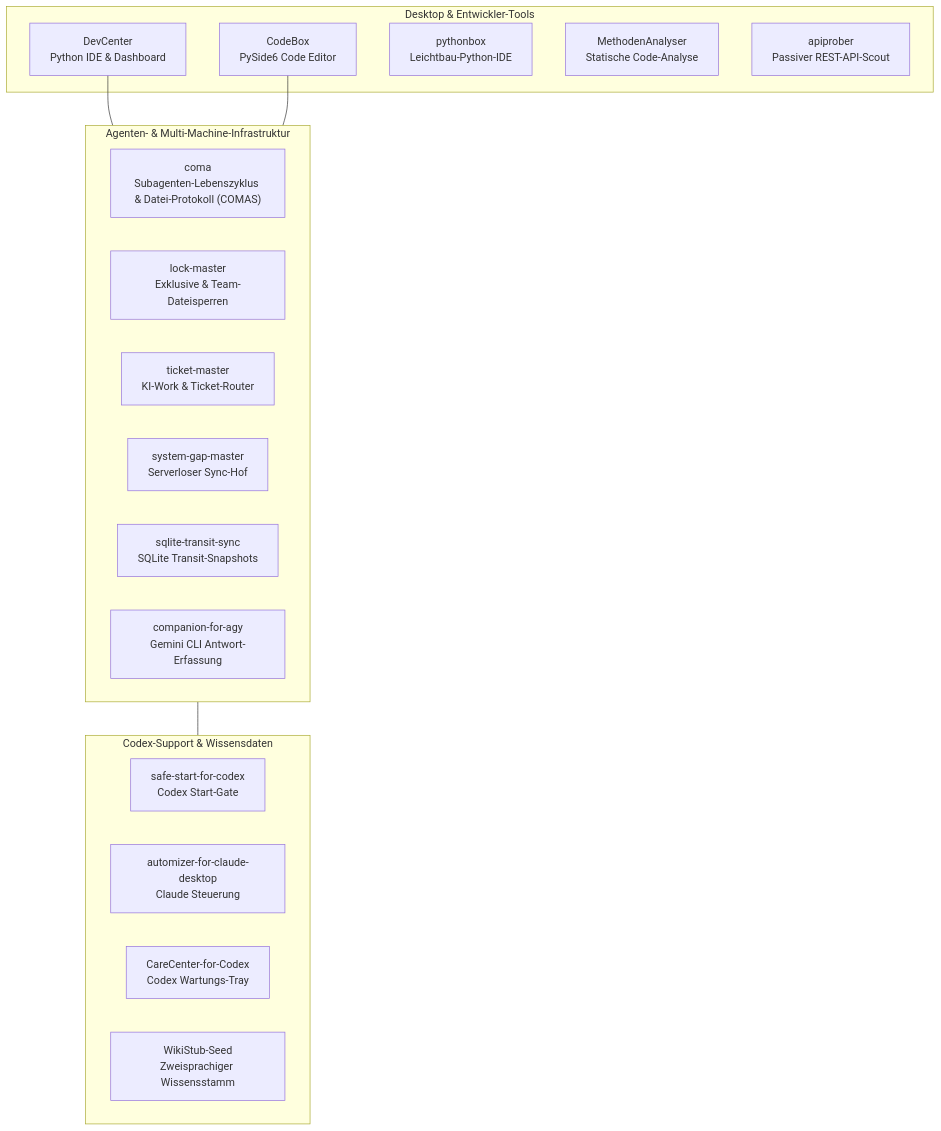
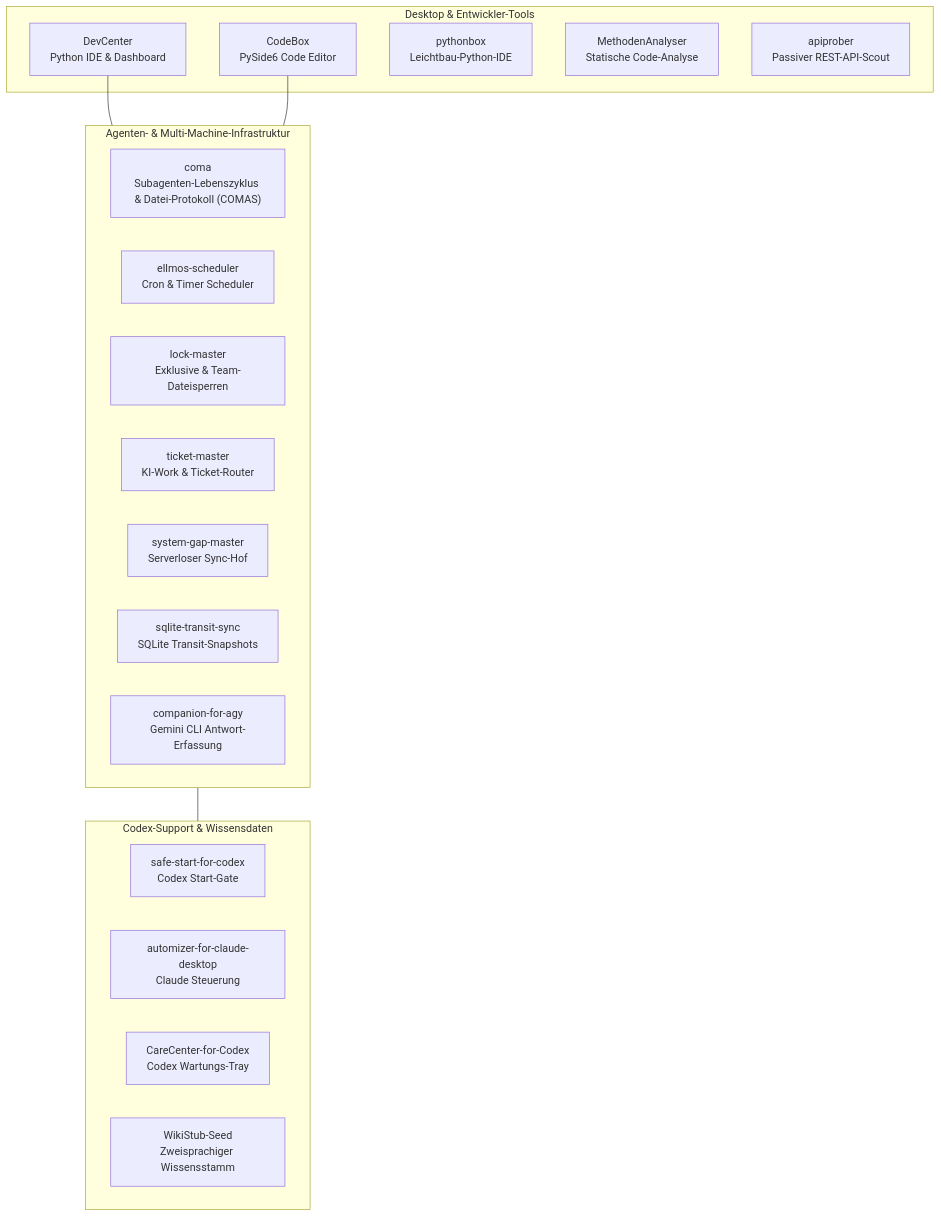
One commit to dev-bricks/.github changed the diagram in profile/README_de.md. Above: the diagram before and after it, drawn with Mermaid. The commit also changed other lines of this file and 4 other files, not shown here.

Commit message:
docs(profile): update org profile index, add ellmos-scheduler and refresh metadata [2026-07-30]

````diff
--- a/profile/README_de.md
+++ b/profile/README_de.md
@@ -79,30 +81,31 @@
 ```mermaid
 flowchart TD
   subgraph IDE["Desktop & Entwickler-Tools"]
     DC["DevCenter<br/>Python IDE & Dashboard"]
     CB["CodeBox<br/>PySide6 Code Editor"]
     PB["pythonbox<br/>Leichtbau-Python-IDE"]
     MA["MethodenAnalyser<br/>Statische Code-Analyse"]
     AP["apiprober<br/>Passiver REST-API-Scout"]
   end
 
   subgraph INFRA["Agenten- & Multi-Machine-Infrastruktur"]
     COM["coma<br/>Subagenten-Lebenszyklus & Datei-Protokoll (COMAS)"]
+    ELS["ellmos-scheduler<br/>Cron & Timer Scheduler"]
     LM["lock-master<br/>Exklusive & Team-Dateisperren"]
     TM["ticket-master<br/>KI-Work & Ticket-Router"]
     SGM["system-gap-master<br/>Serverloser Sync-Hof"]
     STS["sqlite-transit-sync<br/>SQLite Transit-Snapshots"]
     AGY["companion-for-agy<br/>Gemini CLI Antwort-Erfassung"]
   end
 
   subgraph AGENT["Codex-Support & Wissensdaten"]
     SSC["safe-start-for-codex<br/>Codex Start-Gate"]
     ACD["automizer-for-claude-desktop<br/>Claude Steuerung"]
     CCC["CareCenter-for-Codex<br/>Codex Wartungs-Tray"]
     WSS["WikiStub-Seed<br/>Zweisprachiger Wissensstamm"]
   end
 
   DC --- INFRA
   CB --- INFRA
   INFRA --- AGENT
 ```
````
